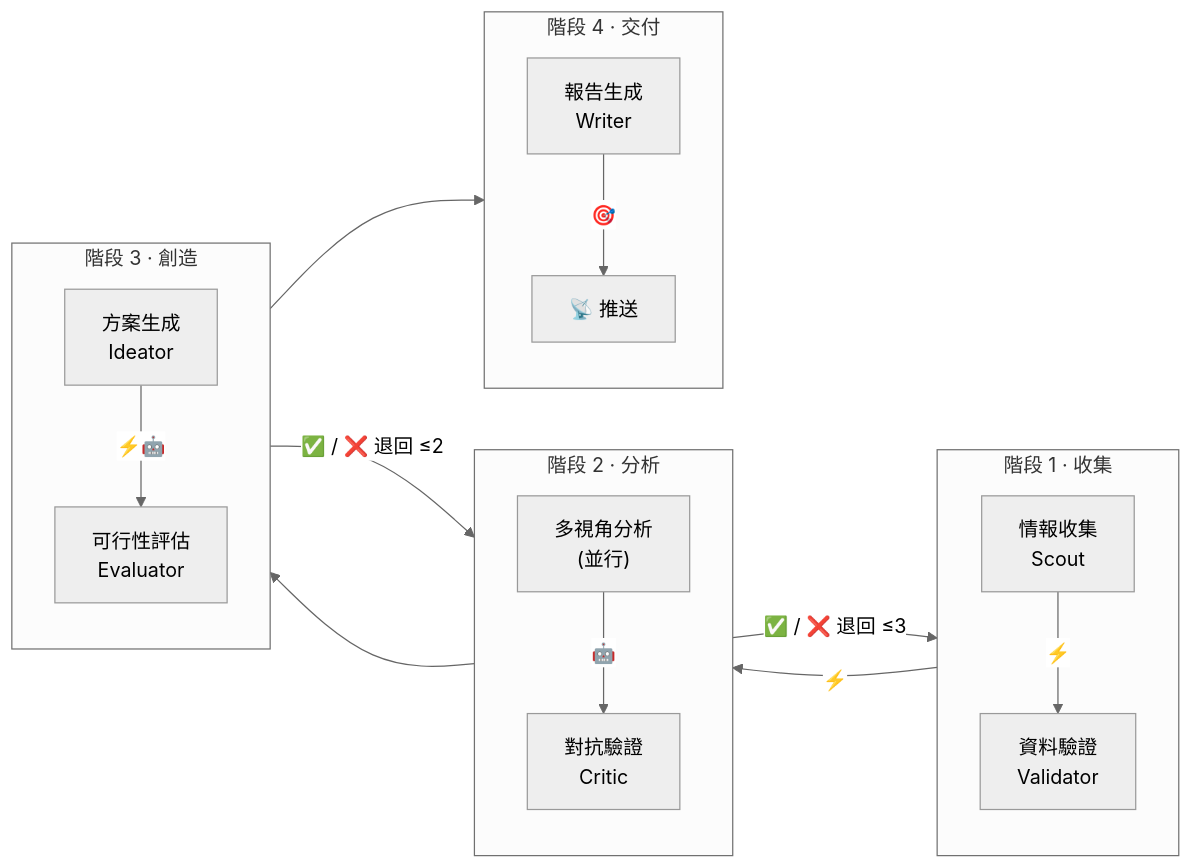
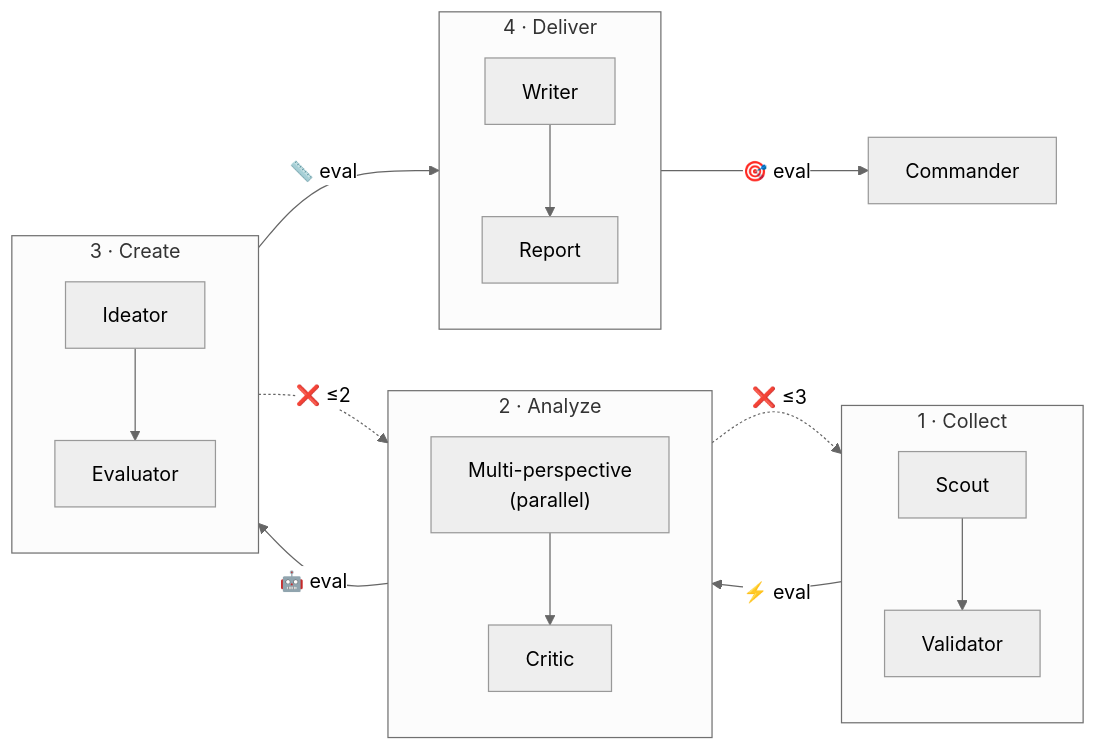
The second of 11 diagrams in harness-architecture-overview-and-design-principles/ch0-harness-architecture-overview.md (minghan-git/harness-architecture), drawn with Mermaid (neutral theme) before and after one commit. The commit also changed other lines of this file, not shown here.

````diff
--- a/harness-architecture-overview-and-design-principles/ch0-harness-architecture-overview.md
+++ b/harness-architecture-overview-and-design-principles/ch0-harness-architecture-overview.md
@@ -104,28 +36,38 @@
 ```mermaid
 graph LR
-    subgraph COLLECT["階段 1 · 收集"]
-        C1["情報收集<br/>Scout"]
-        C2["資料驗證<br/>Validator"]
-        C1 -->|"⚡"| C2
+    subgraph S1["1 · Collect"]
+        direction TB
+        C1["Scout"]
+        C2["Validator"]
+        C1 --> C2
     end
-    subgraph ANALYZE["階段 2 · 分析"]
-        A1["多視角分析<br/>(並行)"]
-        A2["對抗驗證<br/>Critic"]
-        A1 -->|"🤖"| A2
+
+    subgraph S2["2 · Analyze"]
+        direction TB
+        A1["Multi-perspective<br/>(parallel)"]
+        A2["Critic"]
+        A1 --> A2
     end
-    subgraph CREATE["階段 3 · 創造"]
-        CR1["方案生成<br/>Ideator"]
-        CR2["可行性評估<br/>Evaluator"]
-        CR1 -->|"⚡🤖"| CR2
+
+    subgraph S3["3 · Create"]
+        direction TB
+        CR1["Ideator"]
+        CR2["Evaluator"]
+        CR1 --> CR2
     end
-    subgraph DELIVER["階段 4 · 交付"]
-        D1["報告生成<br/>Writer"]
-        D2["📡 推送"]
-        D1 -->|"🎯"| D2
+
+    subgraph S4["4 · Deliver"]
+        direction TB
+        D1["Writer"]
+        D2["Report"]
+        D1 --> D2
     end
-    COLLECT -->|"⚡"| ANALYZE
-    ANALYZE -->|"✅ / ❌ 退回 ≤3"| COLLECT
-    ANALYZE --> CREATE
-    CREATE -->|"✅ / ❌ 退回 ≤2"| ANALYZE
-    CREATE --> DELIVER
+
+    S1 -->|"⚡ eval"| S2
+    S2 -->|"🤖 eval"| S3
+    S3 -->|"📏 eval"| S4
+    S4 -->|"🎯 eval"| CMD["Commander"]
+
+    S2 -.->|"❌ ≤3"| S1
+    S3 -.->|"❌ ≤2"| S2
 ```
````
